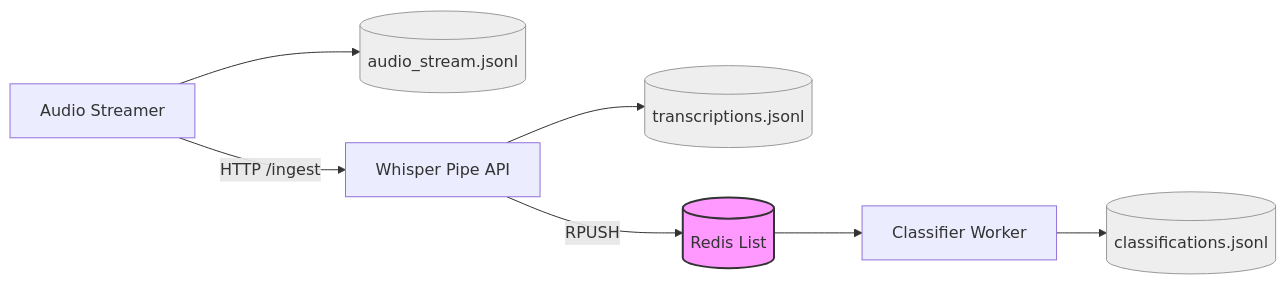
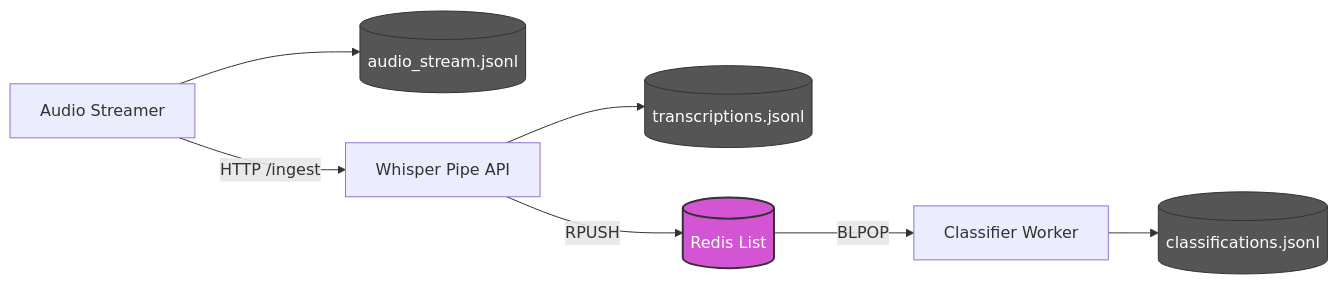
Before and after one commit to yezdata/pyconv: the first of 2 diagrams in README.md, drawn with Mermaid. The commit also changed other lines of this file and 4 other files, not shown here.

````diff
--- a/README.md
+++ b/README.md
@@ -18,14 +18,14 @@
 ```mermaid
 flowchart LR
     A[Audio Streamer] --> L1[(audio_stream.jsonl)]
     A -->|HTTP /ingest| B[Whisper Pipe API]
     B --> L2[(transcriptions.jsonl)]
     B -->|RPUSH| R[(Redis List)]
-    R --> C[Classifier Worker]
+    R -->|BLPOP| C[Classifier Worker]
     C --> L3[(classifications.jsonl)]
 
-    style R fill:#f9f,stroke:#333,stroke-width:2px
-    style L1 fill:#eee,stroke:#999
-    style L2 fill:#eee,stroke:#999
-    style L3 fill:#eee,stroke:#999
+    style R fill:#d455d4,stroke:#333,stroke-width:2px,color:#fff
+    style L1 fill:#555,stroke:#333,color:#fff
+    style L2 fill:#555,stroke:#333,color:#fff
+    style L3 fill:#555,stroke:#333,color:#fff
 ```
````
